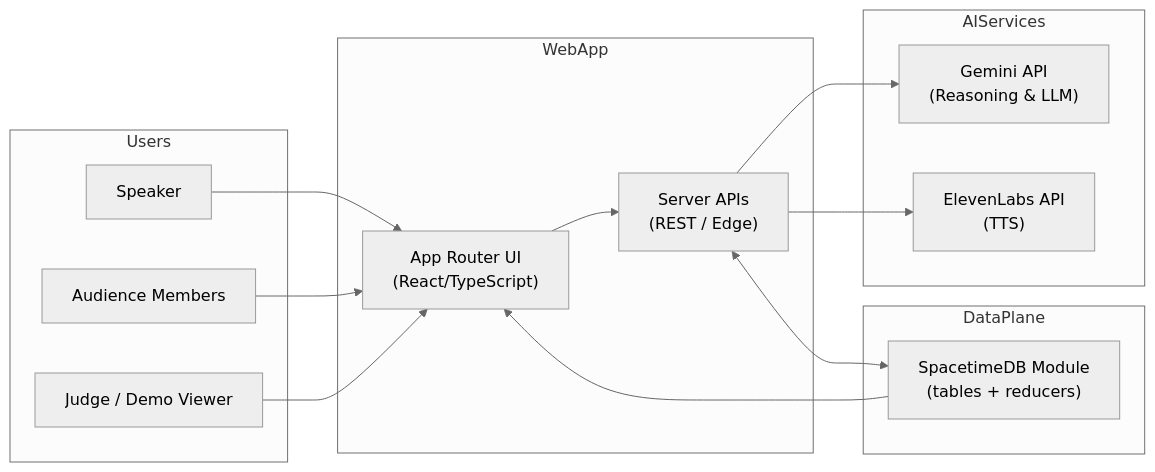
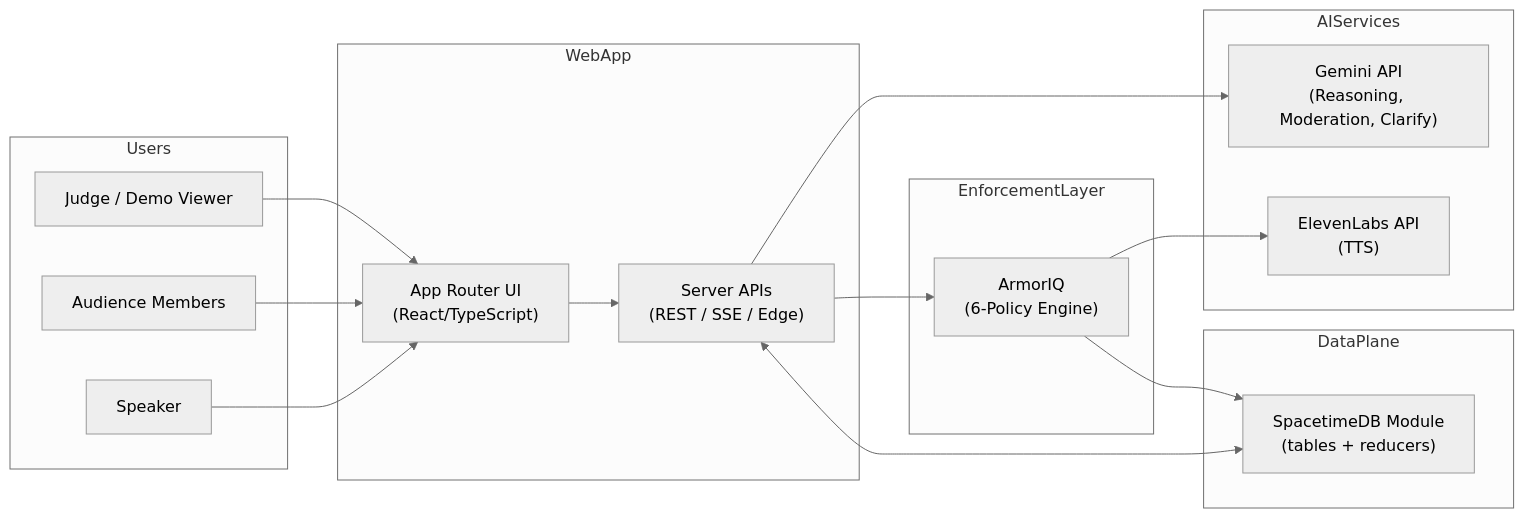
Before and after one commit to arvinder004/PULSE_HACKBYTE4.0: the first of 10 diagrams in PULSE_ARCHITECTUREPLAN.md, drawn with Mermaid (neutral theme). The commit also changed other lines of this file, not shown here.

````diff
--- a/PULSE_ARCHITECTUREPLAN.md
+++ b/PULSE_ARCHITECTUREPLAN.md
@@ -13,34 +13,38 @@
 ```mermaid
 graph LR
     subgraph Users
         Speaker[Speaker]
         Audience[Audience Members]
         Judge[Judge / Demo Viewer]
     end
 
     subgraph WebApp
         UI["App Router UI<br/>(React/TypeScript)"]
-        API["Server APIs<br/>(REST / Edge)"]
+        API["Server APIs<br/>(REST / SSE / Edge)"]
     end
 
     subgraph DataPlane
         STDB["SpacetimeDB Module<br/>(tables + reducers)"]
     end
 
     subgraph AIServices
-        Gemini["Gemini API<br/>(Reasoning & LLM)"]
+        Gemini["Gemini API<br/>(Reasoning, Moderation, Clarify)"]
         Eleven["ElevenLabs API<br/>(TTS)"]
+    end
+
+    subgraph EnforcementLayer
+        ArmorIQ["ArmorIQ<br/>(6-Policy Engine)"]
     end
 
     Speaker --> UI
     Audience --> UI
     Judge --> UI
 
     UI --> API
     API <--> STDB
 
     API --> Gemini
-    API --> Eleven
-
-    STDB --> UI
+    API --> ArmorIQ
+    ArmorIQ --> Eleven
+    ArmorIQ --> STDB
 ```
````
